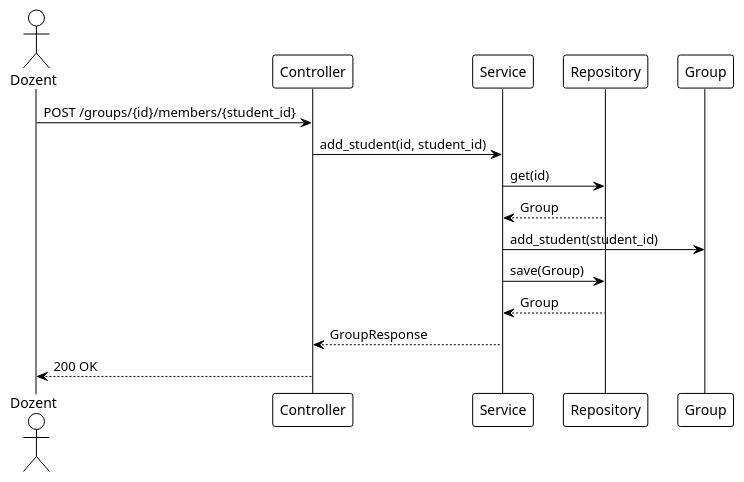
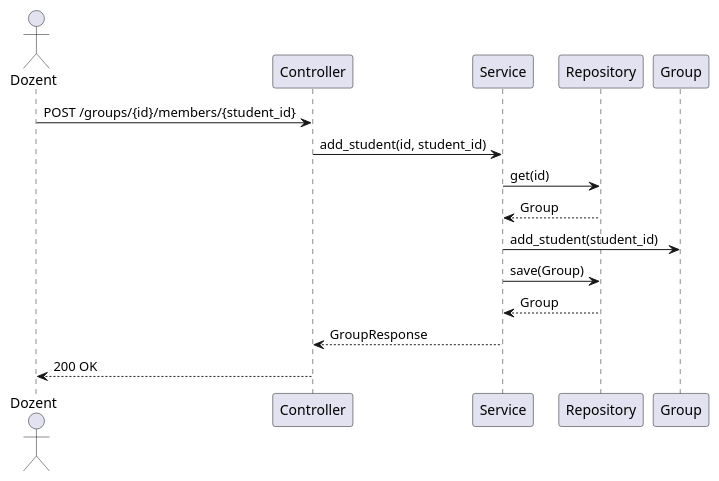
The diagram in docs/development/plantuml/example_seq.puml (htwdd-se-team/Finanztracker-Team-1C), drawn with PlantUML before and after one commit. The commit also changed 8 other files, not shown here.

Commit message:
feat: add PlantUML diagrams for backend modules, class structures, and sequence flows; update example sequence diagram formatting

```diff
--- a/docs/development/plantuml/example_seq.puml
+++ b/docs/development/plantuml/example_seq.puml
@@ -1,26 +1,26 @@
 @startuml
-!theme plain
+' !theme plain
 
 actor Dozent
 participant Controller
 participant Service
 participant Repository
 participant Group
 
 Dozent -> Controller: POST /groups/{id}/members/{student_id}
 
 Controller -> Service: add_student(id, student_id)
 
 Service -> Repository: get(id)
 Repository --> Service: Group
 
 Service -> Group: add_student(student_id)
 
 Service -> Repository: save(Group)
 Repository --> Service: Group
 
 Service --> Controller: GroupResponse
 
 Controller --> Dozent: 200 OK
 
 @enduml
```
